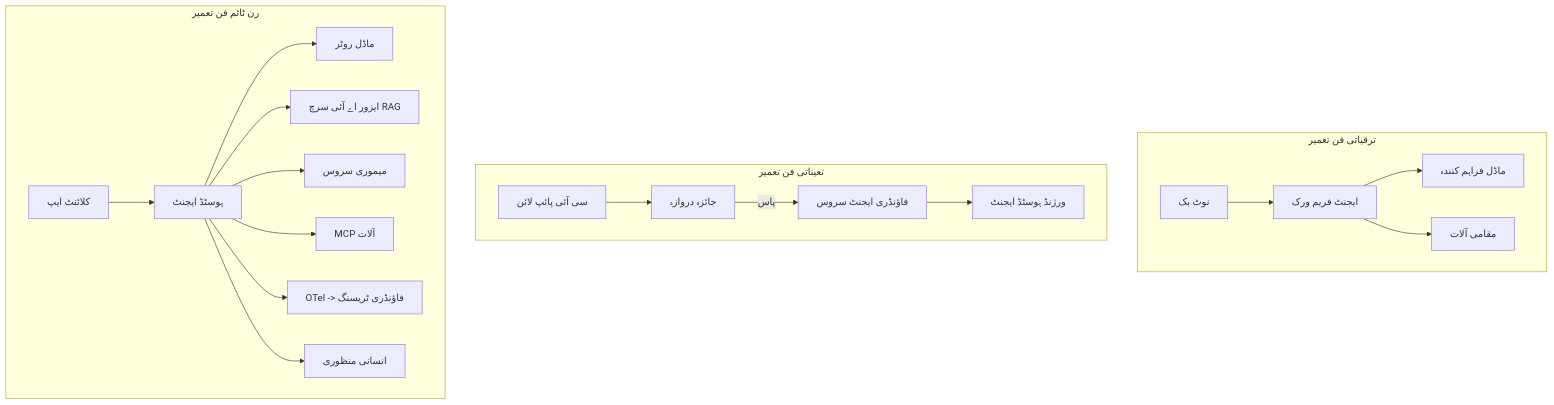
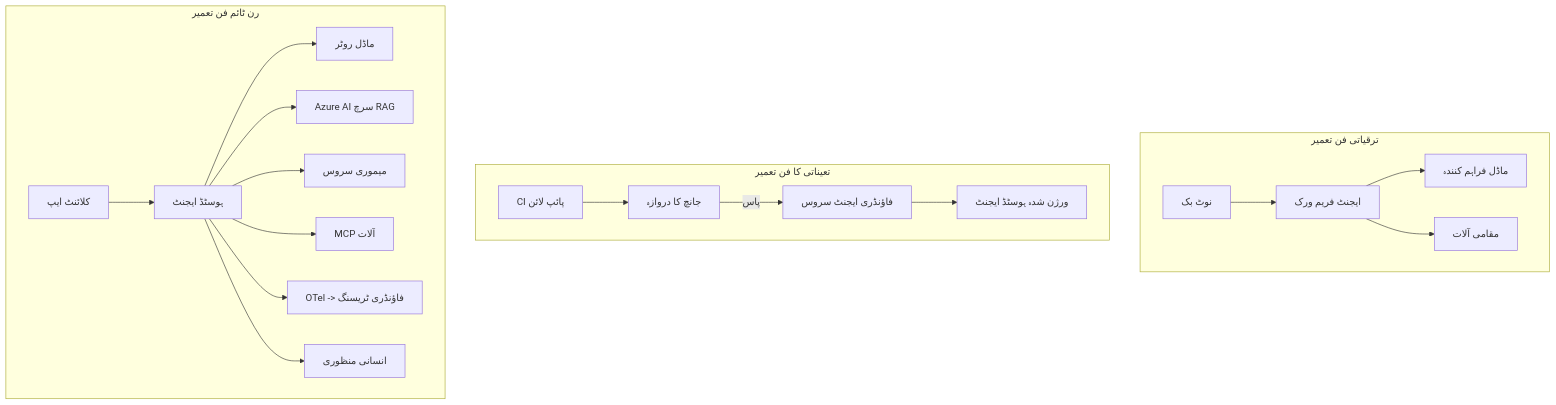
One commit to gabrielmoreira/agent-skills-mirror changed the fourth of 4 diagrams in mirrors/repos/microsoft@ai-agents-for-beginners/translations/ur/16-deploying-scalable-agents/README.md. Above: the diagram before and after it, drawn with Mermaid. The commit also changed other lines of this file and 3581 other files, not shown here.

````diff
--- a/mirrors/repos/microsoft@ai-agents-for-beginners/translations/ur/16-deploying-scalable-agents/README.md
+++ b/mirrors/repos/microsoft@ai-agents-for-beginners/translations/ur/16-deploying-scalable-agents/README.md
@@ -185,22 +185,22 @@
 ```mermaid
 flowchart TB
     subgraph Dev[ترقیاتی فن تعمیر]
         D1[نوٹ بک] --> D2[ایجنٹ فریم ورک]
         D2 --> D3[ماڈل فراہم کنندہ]
         D2 --> D4[مقامی آلات]
     end
-    subgraph Deploy[تعیناتی فن تعمیر]
-        E1[سی آئی پائپ لائن] --> E2[جائزہ دروازہ]
+    subgraph Deploy[تعیناتی کا فن تعمیر]
+        E1[CI پائپ لائن] --> E2[جانچ کا دروازہ]
         E2 -->|پاس| E3[فاؤنڈری ایجنٹ سروس]
-        E3 --> E4[ورژنڈ ہوسٹڈ ایجنٹ]
+        E3 --> E4[ورژن شدہ ہوسٹڈ ایجنٹ]
     end
     subgraph Run[رن ٹائم فن تعمیر]
         F1[کلائنٹ ایپ] --> F2[ہوسٹڈ ایجنٹ]
         F2 --> F3[ماڈل روٹر]
-        F2 --> F4[ایزور اے آئی سرچ RAG]
+        F2 --> F4[Azure AI سرچ RAG]
         F2 --> F5[میموری سروس]
         F2 --> F6[MCP آلات]
         F2 --> F7[OTel -> فاؤنڈری ٹریسنگ]
         F2 --> F8[انسانی منظوری]
     end
 ```
````
